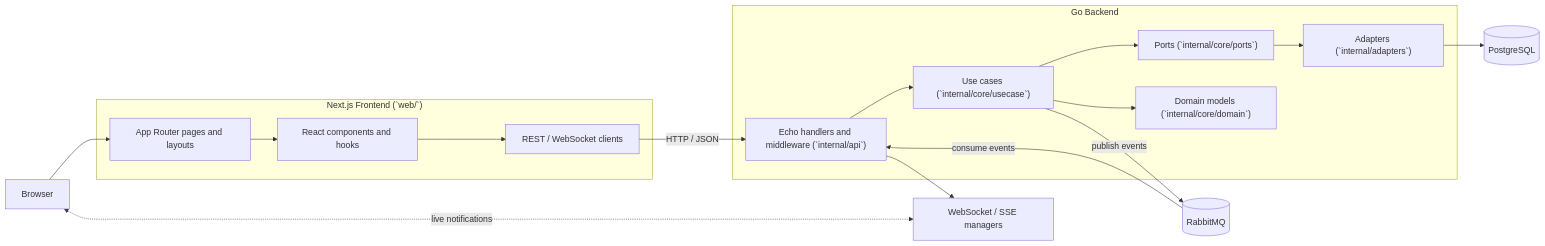
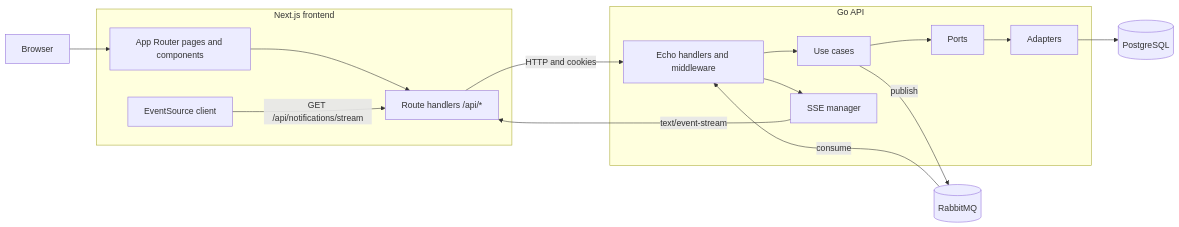
Before and after one commit to billykore/project-one: the diagram in README.md, drawn with Mermaid. The commit also changed other lines of this file and 6 other files, not shown here.

````diff
--- a/README.md
+++ b/README.md
@@ -66,38 +45,34 @@
 ```mermaid
 flowchart LR
-    browser["Browser"]
+    browser[Browser]
 
-    subgraph frontend["Next.js Frontend (`web/`)"]
-        app_router["App Router pages and layouts"]
-        ui["React components and hooks"]
-        api_clients["REST / WebSocket clients"]
+    subgraph next[Next.js frontend]
+        pages[App Router pages and components]
+        bff[Route handlers /api/*]
+        sseClient[EventSource client]
     end
 
-    subgraph backend["Go Backend"]
-        handlers["Echo handlers and middleware (`internal/api`)"]
-        usecases["Use cases (`internal/core/usecase`)"]
-        ports["Ports (`internal/core/ports`)"]
-        adapters["Adapters (`internal/adapters`)"]
-        domain["Domain models (`internal/core/domain`)"]
+    subgraph go[Go API]
+        handlers[Echo handlers and middleware]
+        usecases[Use cases]
+        ports[Ports]
+        adapters[Adapters]
+        sse[SSE manager]
     end
 
-    db[("PostgreSQL")]
-    broker[("RabbitMQ")]
-    live["WebSocket / SSE managers"]
+    postgres[(PostgreSQL)]
+    rabbit[(RabbitMQ)]
 
-    browser --> app_router
-    app_router --> ui
-    ui --> api_clients
-    api_clients -->|HTTP / JSON| handlers
-    browser <-. live notifications .-> live
-
+    browser --> pages
+    pages --> bff
+    sseClient -->|GET /api/notifications/stream| bff
+    bff -->|HTTP and cookies| handlers
     handlers --> usecases
-    usecases --> domain
     usecases --> ports
     ports --> adapters
-
-    adapters --> db
-    usecases -->|publish events| broker
-    broker -->|consume events| handlers
-    handlers --> live
+    adapters --> postgres
+    usecases -->|publish| rabbit
+    rabbit -->|consume| handlers
+    handlers --> sse
+    sse -->|text/event-stream| bff
 ```
````
